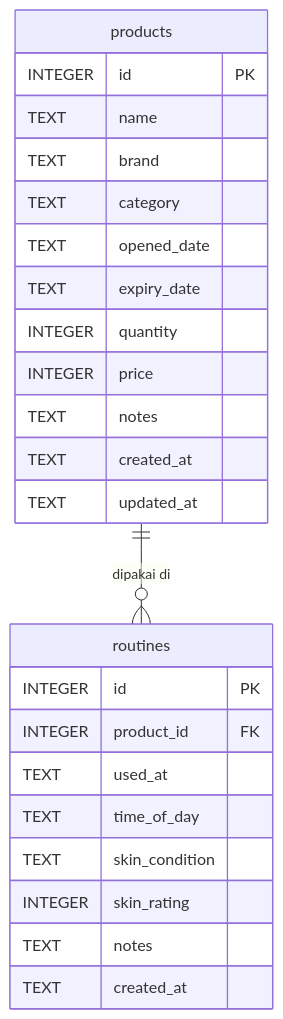
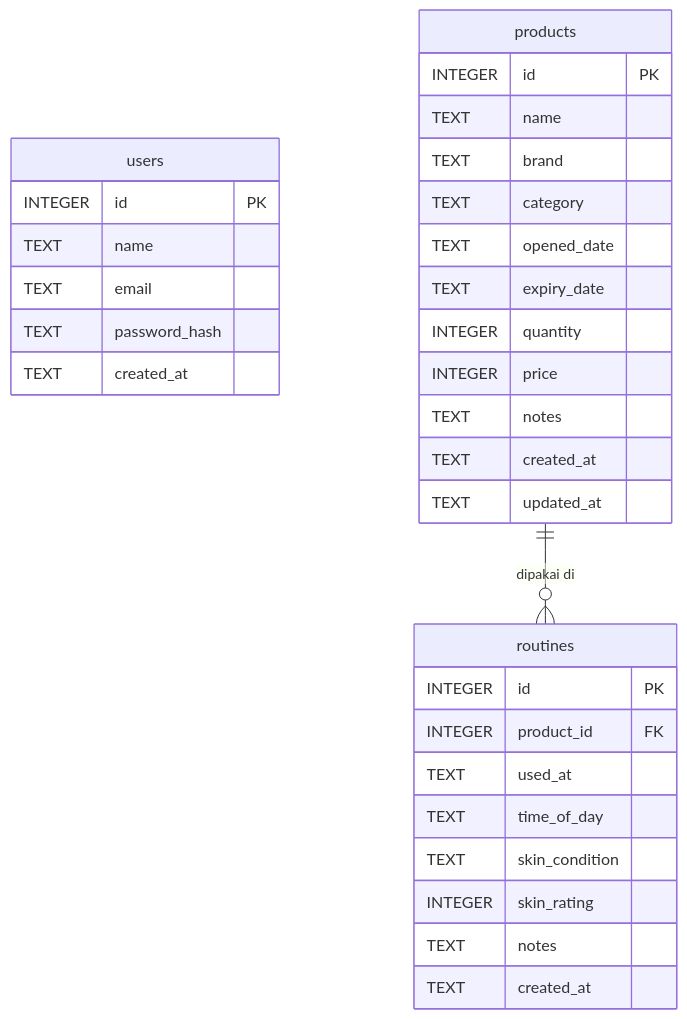
One commit to roulipanggabean36/ifs24005-pabwe2026-proyek1 changed the second of 2 diagrams in docs/DOKUMEN_PROYEK_1.md. Above: the diagram before and after it, drawn with Mermaid. The commit also changed other lines of this file, not shown here.

Commit message:
perbarui dokumen proyek: tabel users, autentikasi, dan struktur repo terpisah

````diff
--- a/docs/DOKUMEN_PROYEK_1.md
+++ b/docs/DOKUMEN_PROYEK_1.md
@@ -57,27 +60,34 @@
 ```mermaid
 erDiagram
+  users {
+    INTEGER id PK
+    TEXT name
+    TEXT email
+    TEXT password_hash
+    TEXT created_at
+  }
   products ||--o{ routines : "dipakai di"
   products {
     INTEGER id PK
     TEXT name
     TEXT brand
     TEXT category
     TEXT opened_date
     TEXT expiry_date
     INTEGER quantity
     INTEGER price
     TEXT notes
     TEXT created_at
     TEXT updated_at
   }
   routines {
     INTEGER id PK
     INTEGER product_id FK
     TEXT used_at
     TEXT time_of_day
     TEXT skin_condition
     INTEGER skin_rating
     TEXT notes
     TEXT created_at
   }
 ```
````
